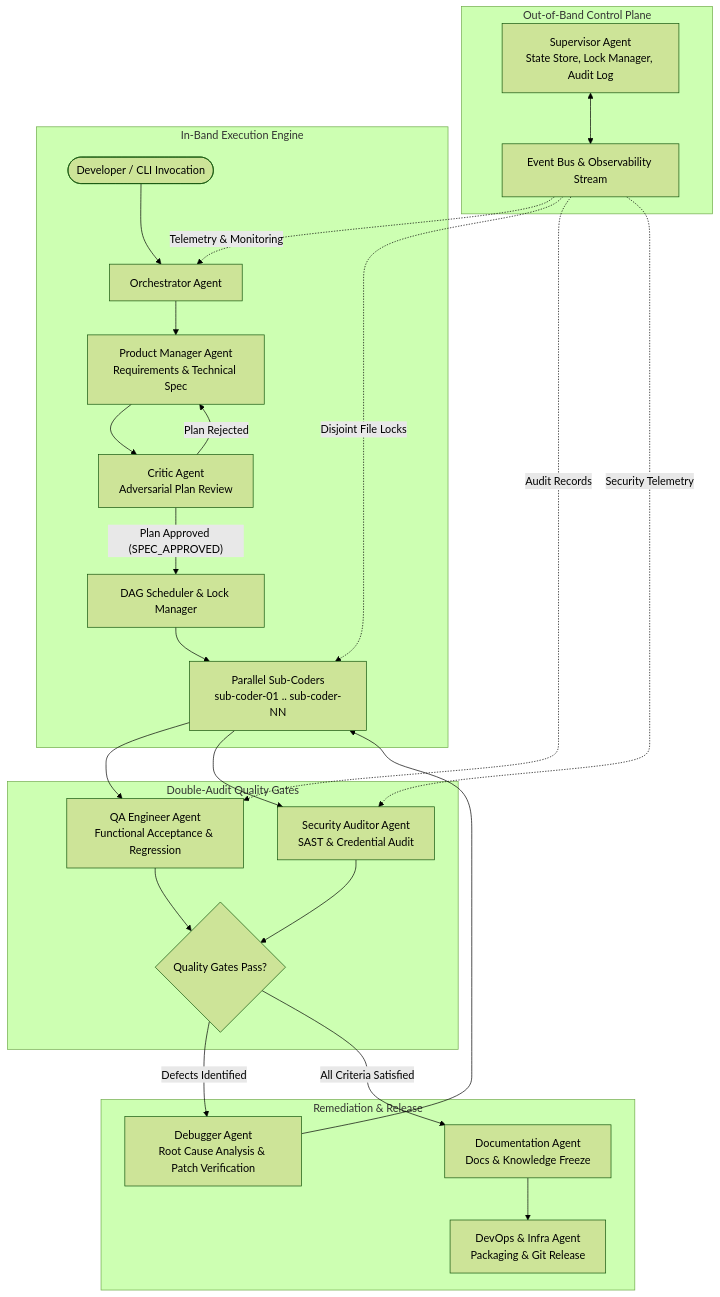
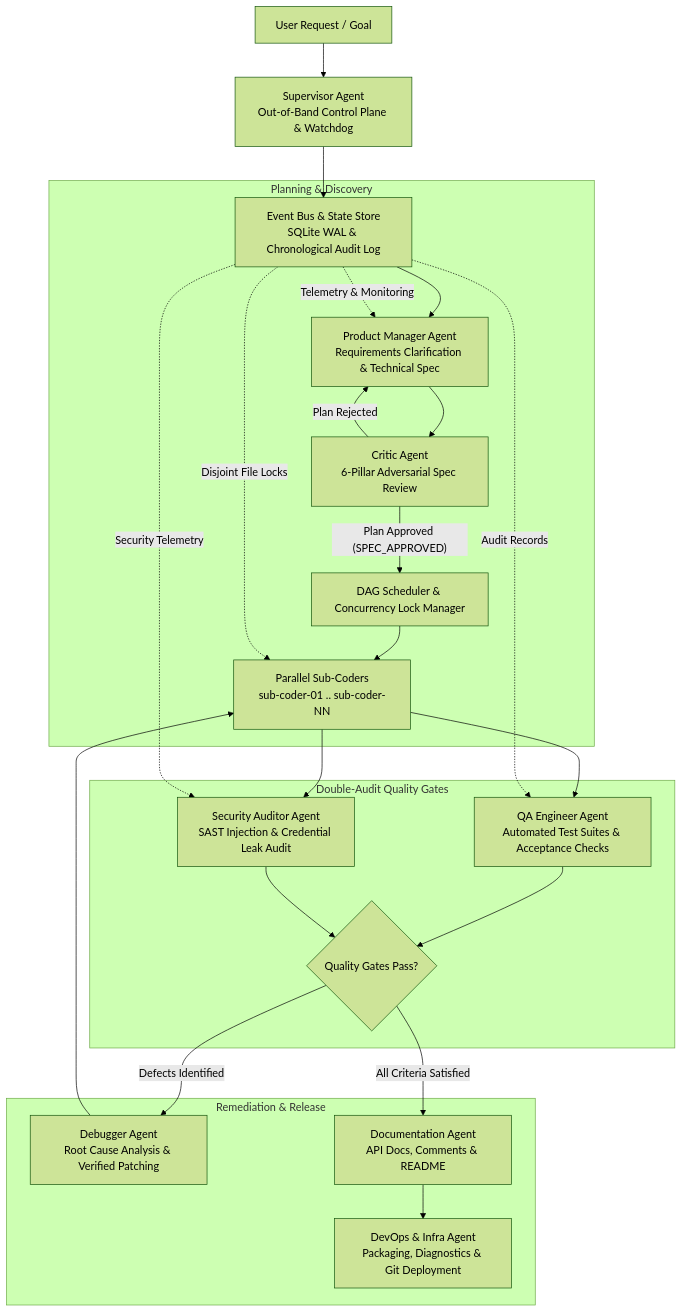
The diagram in README.md (Kaivian/it-agent-team), drawn with Mermaid (forest theme) before and after one commit. The commit also changed other lines of this file and 14 other files, not shown here.

````diff
--- a/README.md
+++ b/README.md
@@ -13,36 +38,32 @@
 ```mermaid
-flowchart TB
-    subgraph ControlPlane ["Out-of-Band Control Plane"]
-        Supervisor["Supervisor Agent<br/>State Store, Lock Manager, Audit Log"]
-        EventBus["Event Bus & Observability Stream"]
-        Supervisor <--> EventBus
-    end
-
-    subgraph ExecutionEngine ["In-Band Execution Engine"]
-        User(["Developer / CLI Invocation"]) --> Orchestrator["Orchestrator Agent"]
-        Orchestrator --> PM["Product Manager Agent<br/>Requirements & Technical Spec"]
-        PM --> Critic["Critic Agent<br/>Adversarial Plan Review"]
+flowchart TD
+    User["User Request / Goal"] --> Supervisor["Supervisor Agent<br/>Out-of-Band Control Plane & Watchdog"]
+    Supervisor --> EventBus["Event Bus & State Store<br/>SQLite WAL & Chronological Audit Log"]
+    
+    subgraph PlanningPhase ["Planning & Discovery"]
+        EventBus --> PM["Product Manager Agent<br/>Requirements Clarification & Technical Spec"]
+        PM --> Critic["Critic Agent<br/>6-Pillar Adversarial Spec Review"]
         Critic -- "Plan Rejected" --> PM
-        Critic -- "Plan Approved (SPEC_APPROVED)" --> Scheduler["DAG Scheduler & Lock Manager"]
+        Critic -- "Plan Approved (SPEC_APPROVED)" --> Scheduler["DAG Scheduler & Concurrency Lock Manager"]
         Scheduler --> SubCoders["Parallel Sub-Coders<br/>sub-coder-01 .. sub-coder-NN"]
     end
 
     subgraph AuditGates ["Double-Audit Quality Gates"]
-        SubCoders --> QA["QA Engineer Agent<br/>Functional Acceptance & Regression"]
-        SubCoders --> Security["Security Auditor Agent<br/>SAST & Credential Audit"]
+        SubCoders --> QA["QA Engineer Agent<br/>Automated Test Suites & Acceptance Checks"]
+        SubCoders --> Security["Security Auditor Agent<br/>SAST Injection & Credential Leak Audit"]
         QA --> GateCheck{"Quality Gates Pass?"}
         Security --> GateCheck
     end
 
     subgraph RemediationRelease ["Remediation & Release"]
-        GateCheck -- "Defects Identified" --> Debugger["Debugger Agent<br/>Root Cause Analysis & Patch Verification"]
+        GateCheck -- "Defects Identified" --> Debugger["Debugger Agent<br/>Root Cause Analysis & Verified Patching"]
         Debugger --> SubCoders
-        GateCheck -- "All Criteria Satisfied" --> Doc["Documentation Agent<br/>Docs & Knowledge Freeze"]
-        Doc --> DevOps["DevOps & Infra Agent<br/>Packaging & Git Release"]
+        GateCheck -- "All Criteria Satisfied" --> Doc["Documentation Agent<br/>API Docs, Comments & README"]
+        Doc --> DevOps["DevOps & Infra Agent<br/>Packaging, Diagnostics & Git Deployment"]
     end
 
-    EventBus -. "Telemetry & Monitoring" .-> Orchestrator
+    EventBus -. "Telemetry & Monitoring" .-> PM
     EventBus -. "Disjoint File Locks" .-> SubCoders
     EventBus -. "Audit Records" .-> QA
     EventBus -. "Security Telemetry" .-> Security
 ```
````
